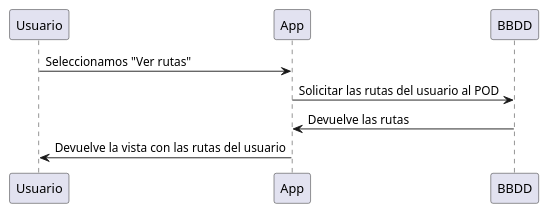
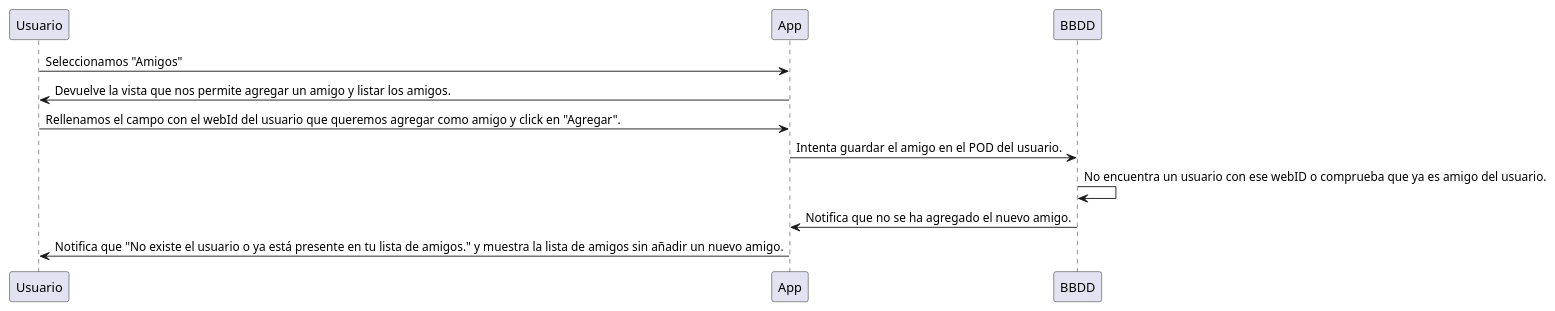
Before and after one commit to Arquisoft/viade_es5b: the fifth of 7 diagrams in src/docs/06_runtime_view.adoc, drawn with PlantUML. The commit also changed other lines of this file, not shown here.

```diff
--- a/src/docs/06_runtime_view.adoc
+++ b/src/docs/06_runtime_view.adoc
@@ -109,7 +109,10 @@
-[plantuml,"DiagramaAgregarAmigoNoExistente",png]
+[plantuml,"DiagramaAgregarAmigoNoExistenteOYaAmigo",png]
 ----
-Usuario -> App: Seleccionamos "Ver rutas"
-App -> BBDD : Solicitar las rutas del usuario al POD
-BBDD -> App: Devuelve las rutas
-App -> Usuario: Devuelve la vista con las rutas del usuario
+Usuario -> App: Seleccionamos "Amigos"
+App -> Usuario: Devuelve la vista que nos permite agregar un amigo y listar los amigos.
+Usuario -> App: Rellenamos el campo con el webId del usuario que queremos agregar como amigo y click en "Agregar".
+App -> BBDD: Intenta guardar el amigo en el POD del usuario.
+BBDD -> BBDD: No encuentra un usuario con ese webID o comprueba que ya es amigo del usuario.
+BBDD -> App: Notifica que no se ha agregado el nuevo amigo.
+App -> Usuario: Notifica que "No existe el usuario o ya está presente en tu lista de amigos." y muestra la lista de amigos sin añadir un nuevo amigo.
 ----
```
